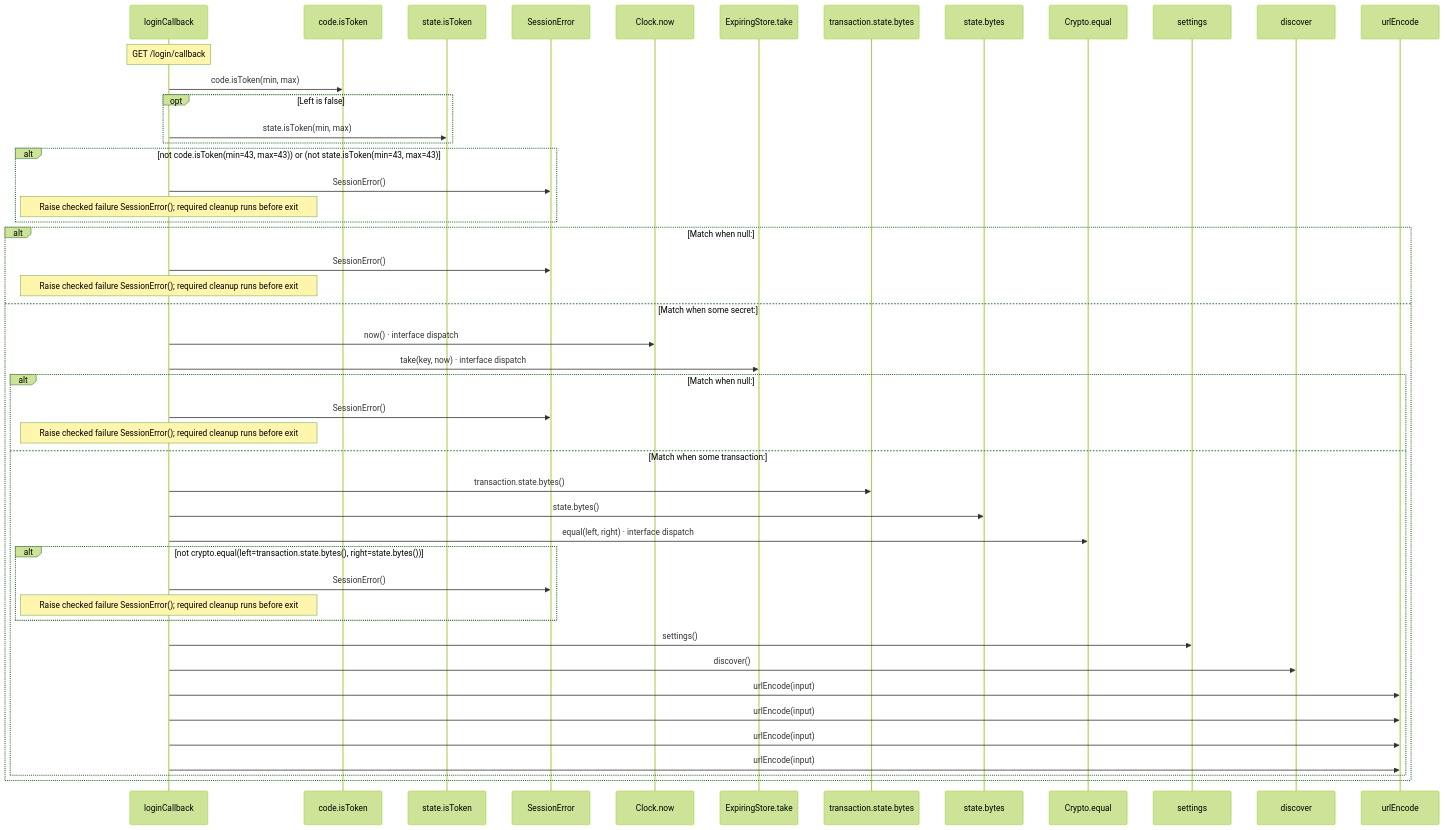
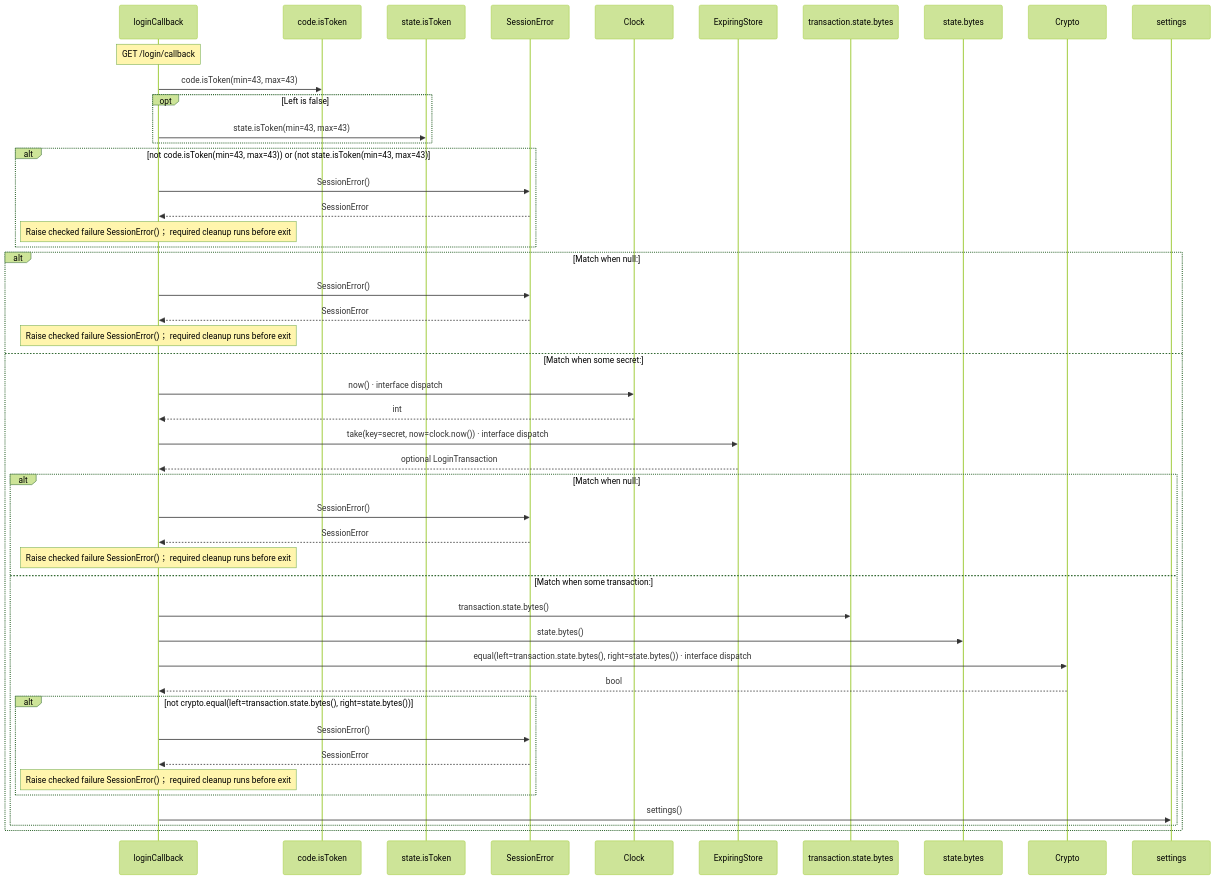
Before and after one commit to GreenPandaStudios/augscript: the sixth of 9 diagrams in docs/examples/oidc-login/client/login-diagrams.md, drawn with Mermaid (forest theme). The commit also changed other lines of this file and 524 other files, not shown here.

Commit message:
Explain checked data flow at folder and service levels

````diff
--- a/docs/examples/oidc-login/client/login-diagrams.md
+++ b/docs/examples/oidc-login/client/login-diagrams.md
@@ -233,49 +235,49 @@
 ```mermaid
 sequenceDiagram
     participant p0 as loginCallback
     participant p1 as code.isToken
     participant p2 as state.isToken
     participant p3 as SessionError
-    participant p4 as Clock.now
-    participant p5 as ExpiringStore.take
+    participant p4 as Clock
+    participant p5 as ExpiringStore
     participant p6 as transaction.state.bytes
     participant p7 as state.bytes
-    participant p8 as Crypto.equal
+    participant p8 as Crypto
     participant p9 as settings
-    participant p10 as discover
-    participant p11 as urlEncode
     Note over p0: GET /login/callback
-    p0->>p1: code.isToken(min, max)
+    p0->>p1: code.isToken(min=43, max=43)
     opt Left is false
-    p0->>p2: state.isToken(min, max)
+    p0->>p2: state.isToken(min=43, max=43)
     end
     alt not code.isToken(min=43, max=43)) or (not state.isToken(min=43, max=43)
     p0->>p3: SessionError()
-    Note over p0: Raise checked failure SessionError()#59; required cleanup runs before exit
+    p3-->>p0: SessionError
+    Note over p0: Raise checked failure SessionError()； required cleanup runs before exit
     end
     alt Match when null:
     p0->>p3: SessionError()
-    Note over p0: Raise checked failure SessionError()#59; required cleanup runs before exit
+    p3-->>p0: SessionError
+    Note over p0: Raise checked failure SessionError()； required cleanup runs before exit
     else Match when some secret:
     p0->>p4: now() · interface dispatch
-    p0->>p5: take(key, now) · interface dispatch
+    p4-->>p0: int
+    p0->>p5: take(key=secret, now=clock.now()) · interface dispatch
+    p5-->>p0: optional LoginTransaction
     alt Match when null:
     p0->>p3: SessionError()
-    Note over p0: Raise checked failure SessionError()#59; required cleanup runs before exit
+    p3-->>p0: SessionError
+    Note over p0: Raise checked failure SessionError()； required cleanup runs before exit
     else Match when some transaction:
     p0->>p6: transaction.state.bytes()
     p0->>p7: state.bytes()
-    p0->>p8: equal(left, right) · interface dispatch
+    p0->>p8: equal(left=transaction.state.bytes(), right=state.bytes()) · interface dispatch
+    p8-->>p0: bool
     alt not crypto.equal(left=transaction.state.bytes(), right=state.bytes())
     p0->>p3: SessionError()
-    Note over p0: Raise checked failure SessionError()#59; required cleanup runs before exit
+    p3-->>p0: SessionError
+    Note over p0: Raise checked failure SessionError()； required cleanup runs before exit
     end
     p0->>p9: settings()
-    p0->>p10: discover()
-    p0->>p11: urlEncode(input)
-    p0->>p11: urlEncode(input)
-    p0->>p11: urlEncode(input)
-    p0->>p11: urlEncode(input)
     end
     end
 ```
````
